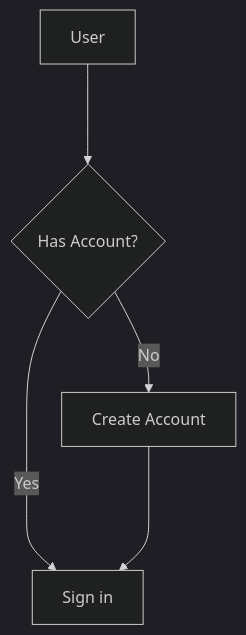
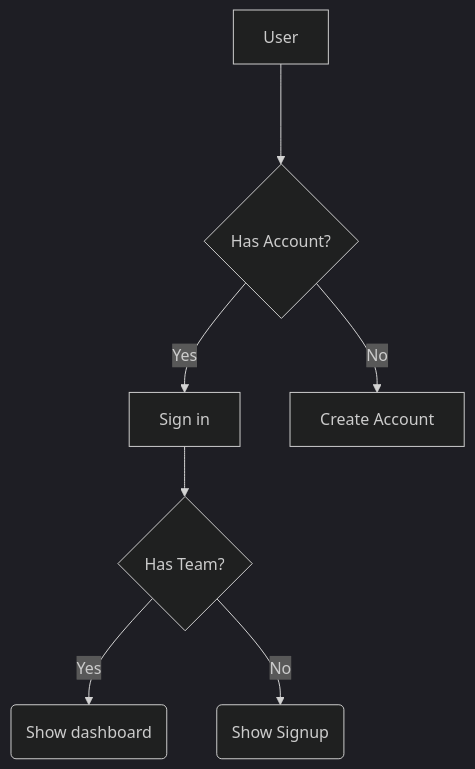
The diagram in README.md (skbolton/mermaid-test), drawn with Mermaid (dark theme) before and after one commit.

Commit message:
Add signup flow to chart

````diff
--- a/README.md
+++ b/README.md
@@ -3,7 +3,9 @@
 ```mermaid
 flowchart TD
     user[User]--->account_check{Has Account?}
     account_check -- Yes --> do_sign_in[Sign in]
     account_check -- No --> create[Create Account]
-    create ---> do_sign_in
+    do_sign_in --> team_check{Has Team?}
+    team_check -- Yes --> show_dashboard(Show dashboard)
+    team_check -- No --> show_signup(Show Signup)
 ```
````
